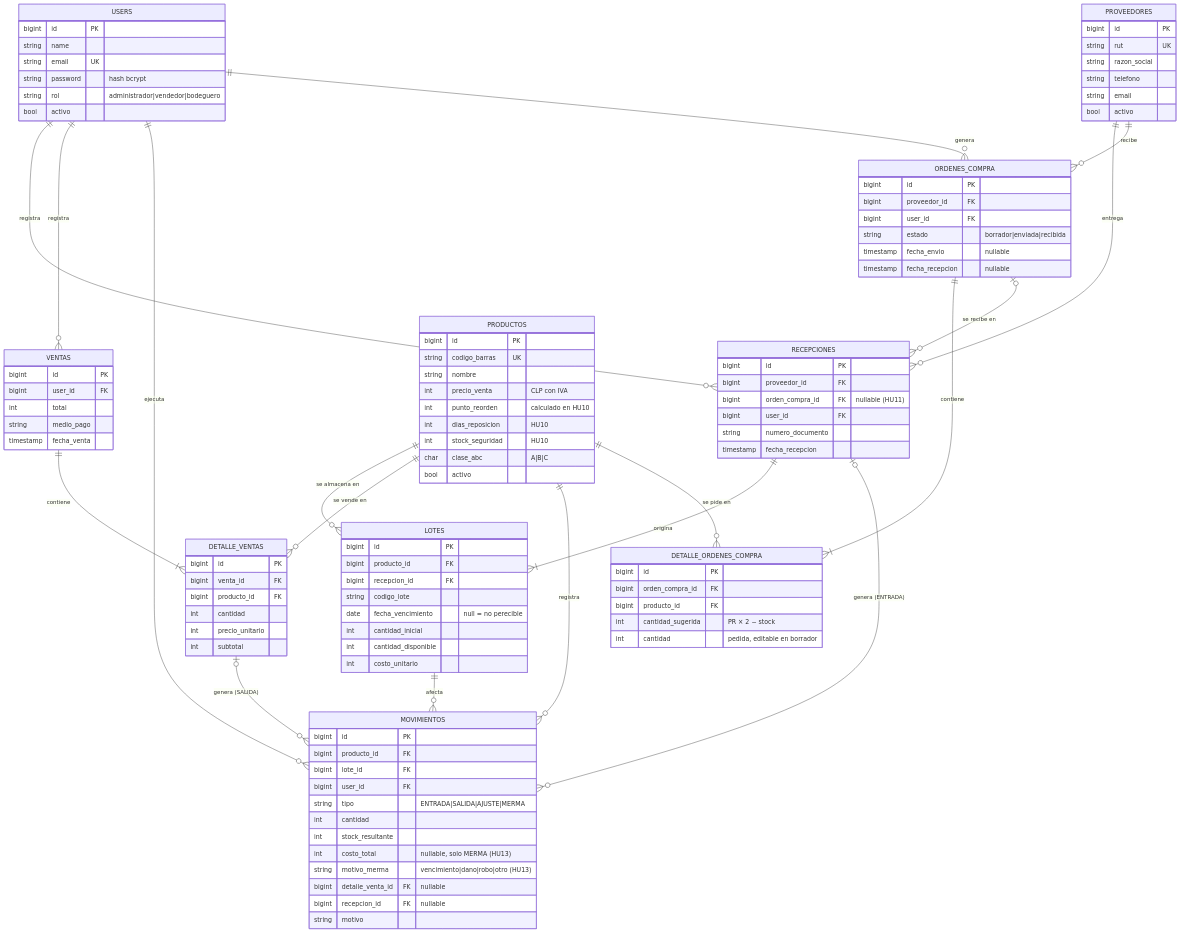
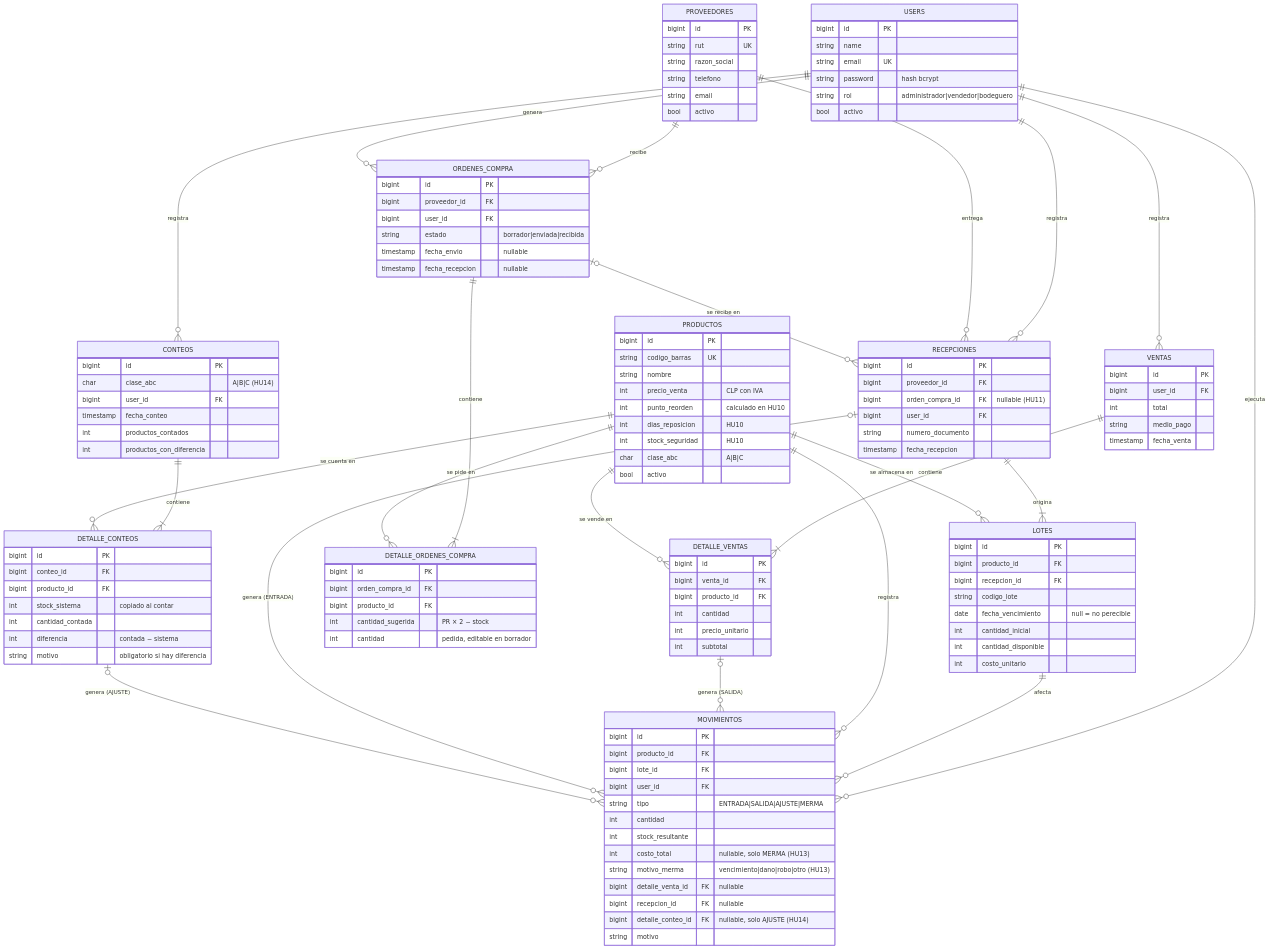
The diagram in docs/modelo-datos.md (claudio4ndres/inventario-el-portal), drawn with Mermaid before and after one commit. The commit also changed other lines of this file and 1 other file, not shown here.

Commit message:
docs: backlog actualizado (HU-14 hecha)
Refs: HU-14, RF7

````diff
--- a/docs/modelo-datos.md
+++ b/docs/modelo-datos.md
@@ -28,6 +28,10 @@
     ORDENES_COMPRA ||--|{ DETALLE_ORDENES_COMPRA : contiene
     PRODUCTOS ||--o{ DETALLE_ORDENES_COMPRA : "se pide en"
     ORDENES_COMPRA |o--o{ RECEPCIONES : "se recibe en"
+    USERS ||--o{ CONTEOS : registra
+    CONTEOS ||--|{ DETALLE_CONTEOS : contiene
+    PRODUCTOS ||--o{ DETALLE_CONTEOS : "se cuenta en"
+    DETALLE_CONTEOS |o--o{ MOVIMIENTOS : "genera (AJUSTE)"
 
     USERS {
         bigint id PK
@@ -79,6 +83,23 @@
         int cantidad_sugerida "PR × 2 − stock"
         int cantidad "pedida, editable en borrador"
     }
+    CONTEOS {
+        bigint id PK
+        char clase_abc "A|B|C (HU14)"
+        bigint user_id FK
+        timestamp fecha_conteo
+        int productos_contados
+        int productos_con_diferencia
+    }
+    DETALLE_CONTEOS {
+        bigint id PK
+        bigint conteo_id FK
+        bigint producto_id FK
+        int stock_sistema "copiado al contar"
+        int cantidad_contada
+        int diferencia "contada − sistema"
+        string motivo "obligatorio si hay diferencia"
+    }
     LOTES {
         bigint id PK
         bigint producto_id FK
@@ -116,6 +137,7 @@
         string motivo_merma "vencimiento|dano|robo|otro (HU13)"
         bigint detalle_venta_id FK "nullable"
         bigint recepcion_id FK "nullable"
+        bigint detalle_conteo_id FK "nullable, solo AJUSTE (HU14)"
         string motivo
     }
 ```
````
